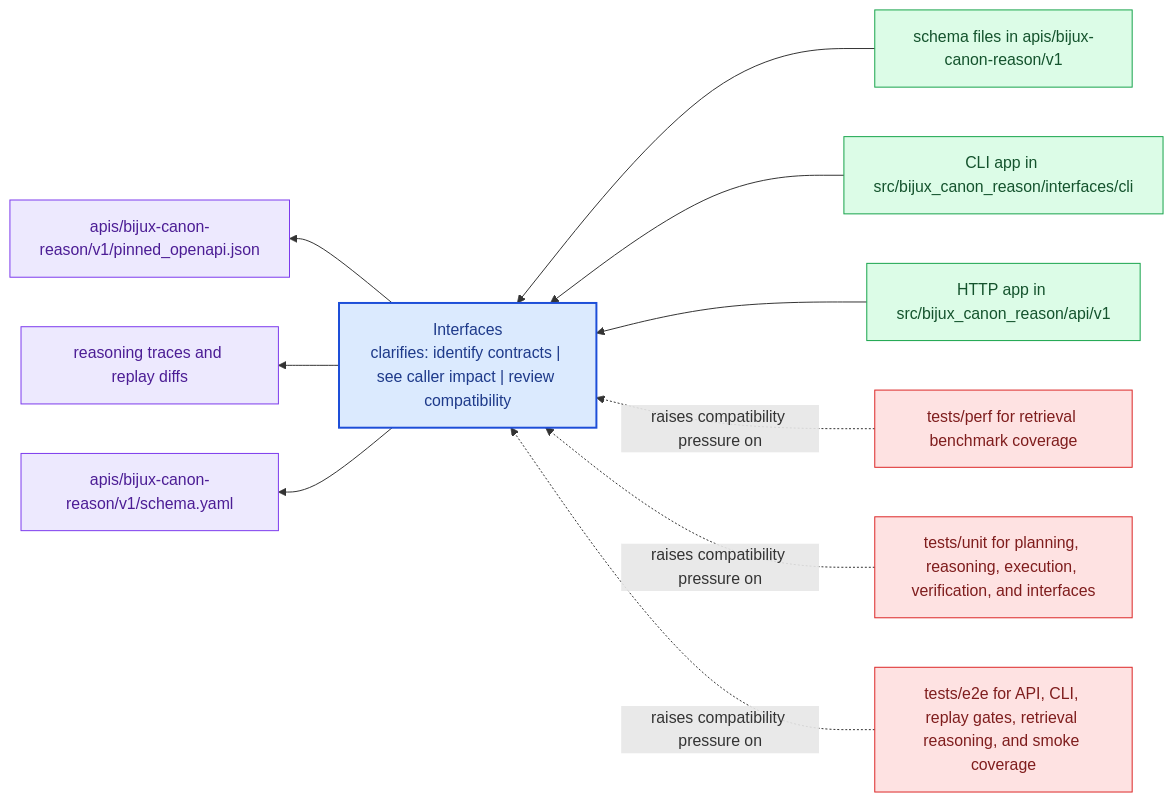
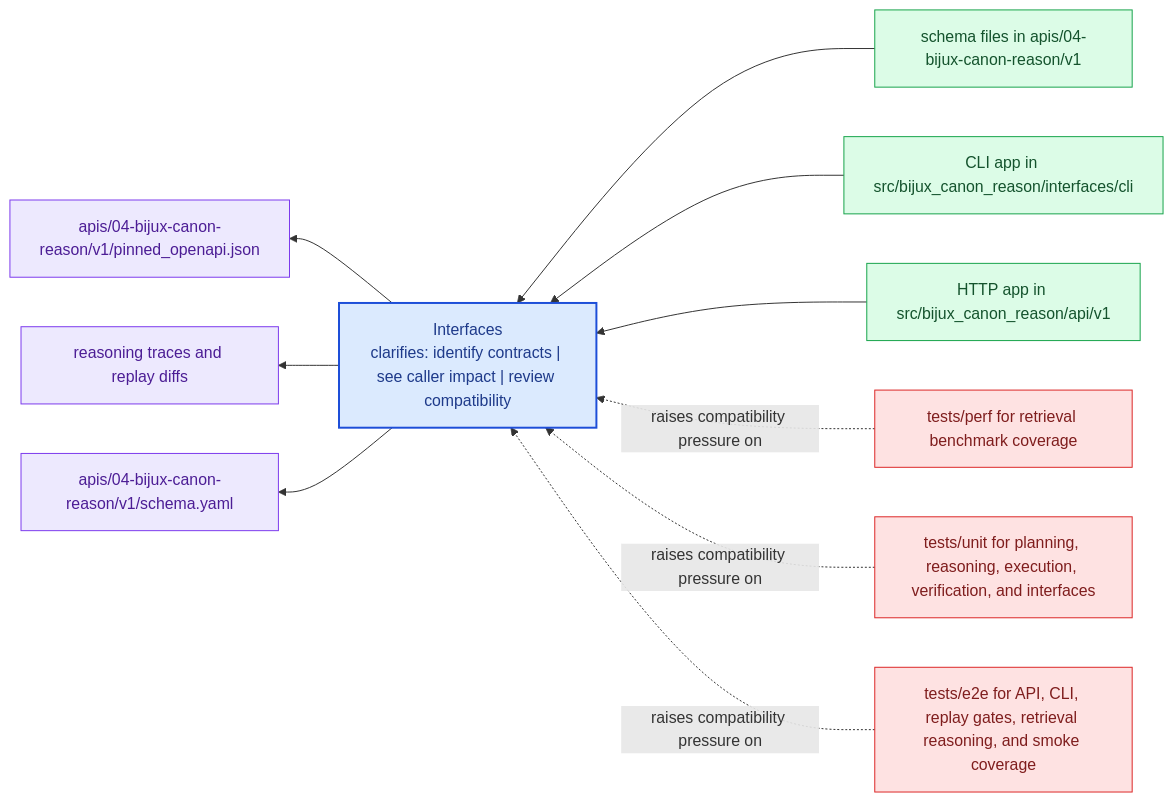
The diagram in docs/04-bijux-canon-reason/interfaces/index.md (bijux/bijux-canon), drawn with Mermaid before and after one commit. The commit also changed other lines of this file and 167 other files, not shown here.

````diff
--- a/docs/04-bijux-canon-reason/interfaces/index.md
+++ b/docs/04-bijux-canon-reason/interfaces/index.md
@@ -20,31 +20,31 @@
 ```mermaid
 flowchart RL
     page["Interfaces<br/>clarifies: identify contracts | see caller impact | review compatibility"]
     classDef page fill:#dbeafe,stroke:#1d4ed8,color:#1e3a8a,stroke-width:2px;
     classDef positive fill:#dcfce7,stroke:#16a34a,color:#14532d;
     classDef caution fill:#fee2e2,stroke:#dc2626,color:#7f1d1d;
     classDef anchor fill:#ede9fe,stroke:#7c3aed,color:#4c1d95;
     classDef action fill:#fef3c7,stroke:#d97706,color:#7c2d12;
-    surface1["schema files in apis/bijux-canon-reason/v1"]
+    surface1["schema files in apis/04-bijux-canon-reason/v1"]
     surface1 --> page
     surface2["CLI app in src/bijux_canon_reason/interfaces/cli"]
     surface2 --> page
     surface3["HTTP app in src/bijux_canon_reason/api/v1"]
     surface3 --> page
-    proof1["apis/bijux-canon-reason/v1/pinned_openapi.json"]
+    proof1["apis/04-bijux-canon-reason/v1/pinned_openapi.json"]
     page --> proof1
     proof2["reasoning traces and replay diffs"]
     page --> proof2
-    proof3["apis/bijux-canon-reason/v1/schema.yaml"]
+    proof3["apis/04-bijux-canon-reason/v1/schema.yaml"]
     page --> proof3
     review1["tests/perf for retrieval benchmark coverage"]
     review1 -.raises compatibility pressure on.-> page
     review2["tests/unit for planning, reasoning, execution, verification, and interfaces"]
     review2 -.raises compatibility pressure on.-> page
     review3["tests/e2e for API, CLI, replay gates, retrieval reasoning, and smoke coverage"]
     review3 -.raises compatibility pressure on.-> page
     class page page;
     class surface1,surface2,surface3 positive;
     class proof1,proof2,proof3 anchor;
     class review1,review2,review3 caution;
 ```
````
